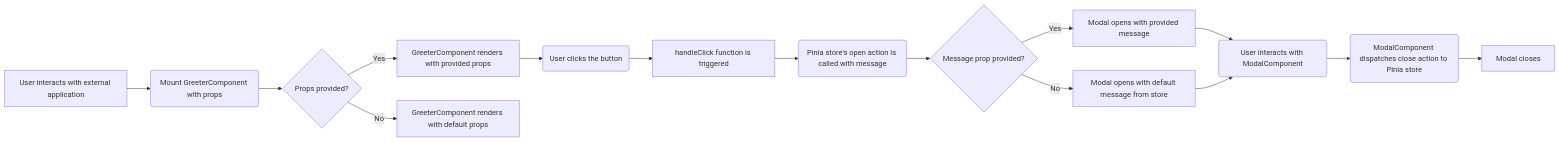
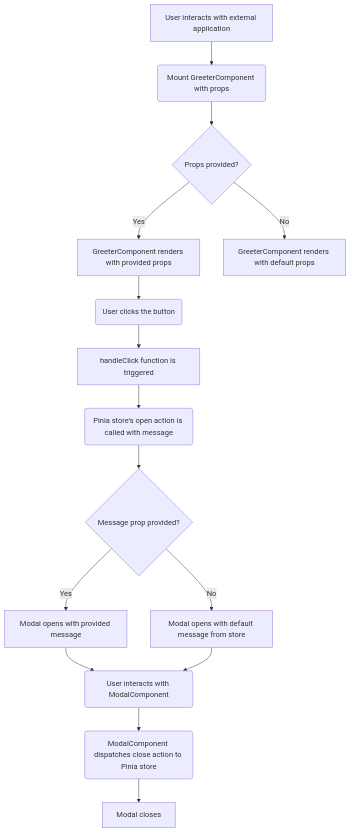
Before and after one commit to wawansoer/vue-embeddable-component: the diagram in README.md, drawn with Mermaid.

Commit message:
docs: update Mermaid diagram in README
- Changed diagram direction from LR to TD
- Improved readability and clarity

````diff
--- a/README.md
+++ b/README.md
@@ -12,17 +12,17 @@
 ```mermaid
-graph LR
-    A[User interacts with external application] --> B(Mount GreeterComponent with props);
-    B --> C{Props provided?};
-    C -- Yes --> D[GreeterComponent renders with provided props];
-    C -- No --> E[GreeterComponent renders with default props];
-    D --> F(User clicks the button);
-    F --> G[handleClick function is triggered];
-    G --> H(Pinia store's open action is called with message);
-    H --> I{Message prop provided?};
-    I -- Yes --> J[Modal opens with provided message];
-    I -- No --> K[Modal opens with default message from store];
-    J --> L(User interacts with ModalComponent);
-    K --> L(User interacts with ModalComponent);
-    L --> M(ModalComponent dispatches close action to Pinia store);
-    M --> N[Modal closes];
+graph TD
+    A[User interacts with external application] --> B(Mount GreeterComponent with props)
+    B --> C{Props provided?}
+    C -- Yes --> D[GreeterComponent renders with provided props]
+    C -- No --> E[GreeterComponent renders with default props]
+    D --> F(User clicks the button)
+    F --> G[handleClick function is triggered]
+    G --> H(Pinia store's open action is called with message)
+    H --> I{Message prop provided?}
+    I -- Yes --> J[Modal opens with provided message]
+    I -- No --> K[Modal opens with default message from store]
+    J --> L(User interacts with ModalComponent)
+    K --> L(User interacts with ModalComponent)
+    L --> M(ModalComponent dispatches close action to Pinia store)
+    M --> N[Modal closes]
 ```
````
